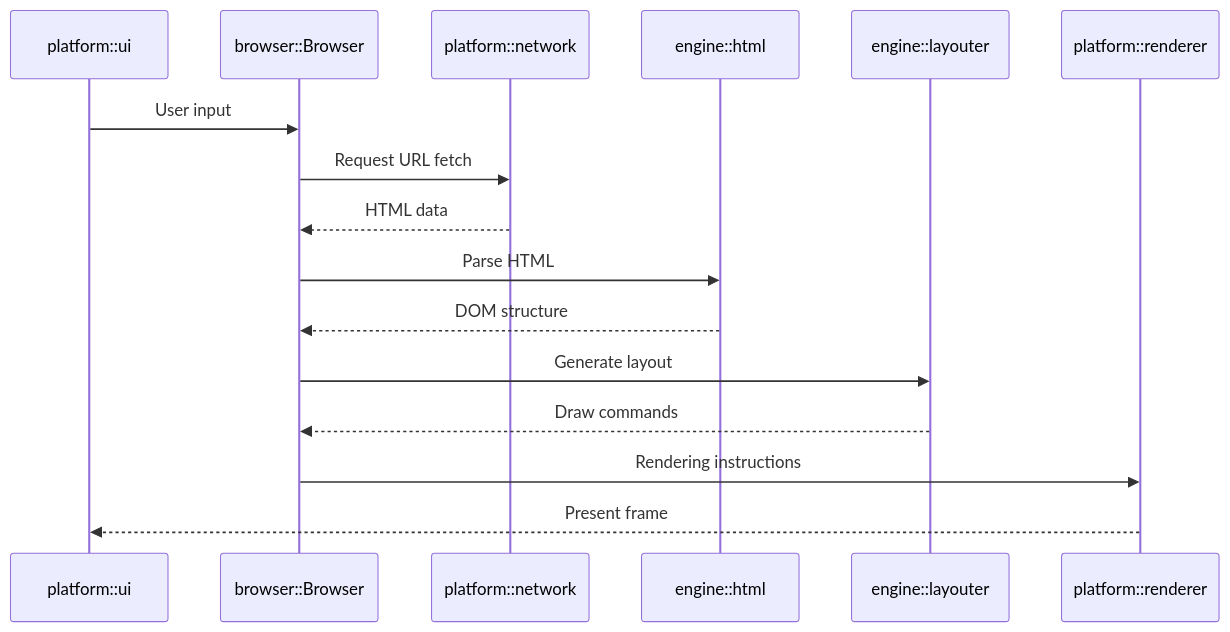
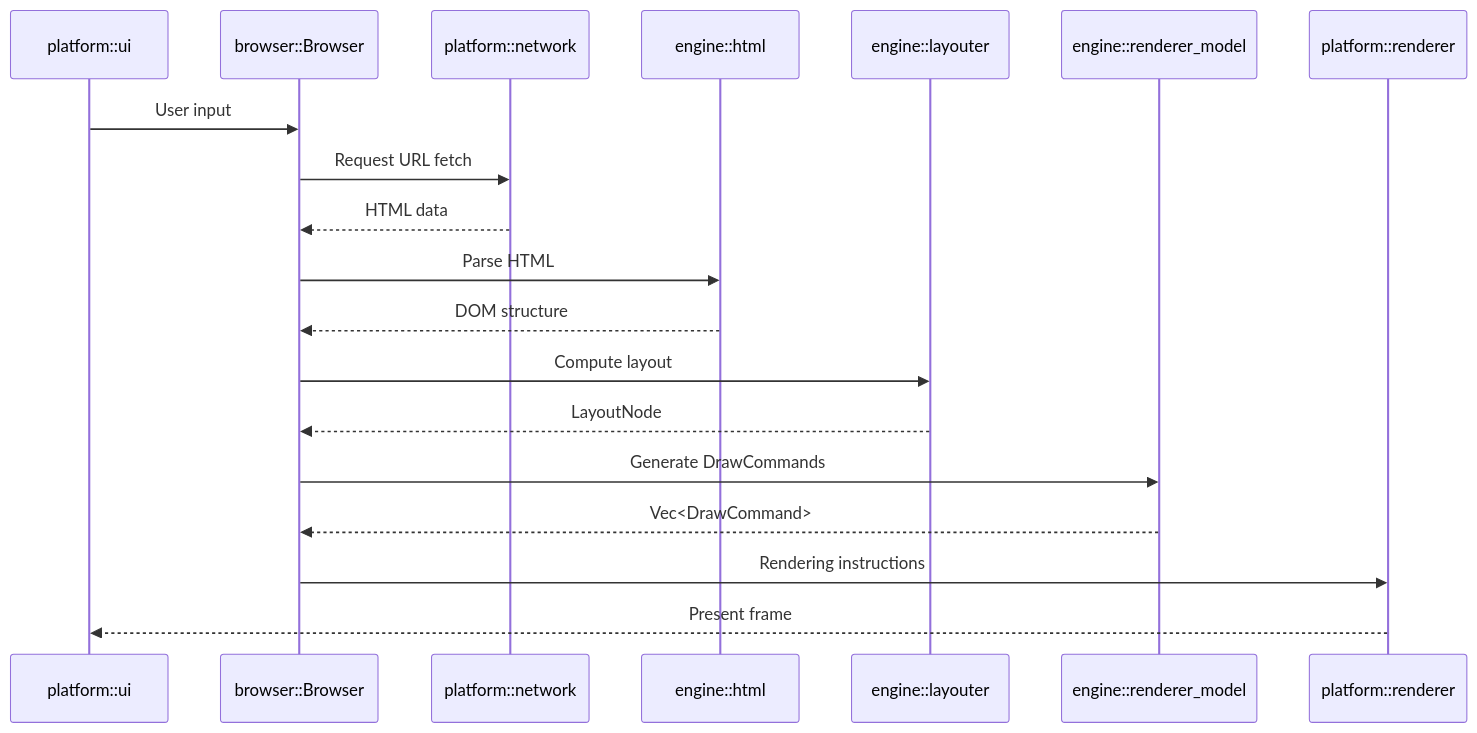
Before and after one commit to orinium-browser/orinium: the diagram in docs/en/architecture.md, drawn with Mermaid. The commit also changed other lines of this file and 9 other files, not shown here.

````diff
--- a/docs/en/architecture.md
+++ b/docs/en/architecture.md
@@ -42,19 +45,22 @@
 ```mermaid
 sequenceDiagram
     participant UI as platform::ui
     participant Browser as browser::Browser
     participant Net as platform::network
     participant HTML as engine::html
-    participant Render as engine::layouter
+    participant Layout as engine::layouter
+    participant Draw as engine::renderer_model
     participant GPU as platform::renderer
 
     UI->>Browser: User input
     Browser->>Net: Request URL fetch
     Net-->>Browser: HTML data
     Browser->>HTML: Parse HTML
     HTML-->>Browser: DOM structure
-    Browser->>Render: Generate layout
-    Render-->>Browser: Draw commands
+    Browser->>Layout: Compute layout
+    Layout-->>Browser: LayoutNode
+    Browser->>Draw: Generate DrawCommands
+    Draw-->>Browser: Vec<DrawCommand>
     Browser->>GPU: Rendering instructions
     GPU-->>UI: Present frame
 ```
````
